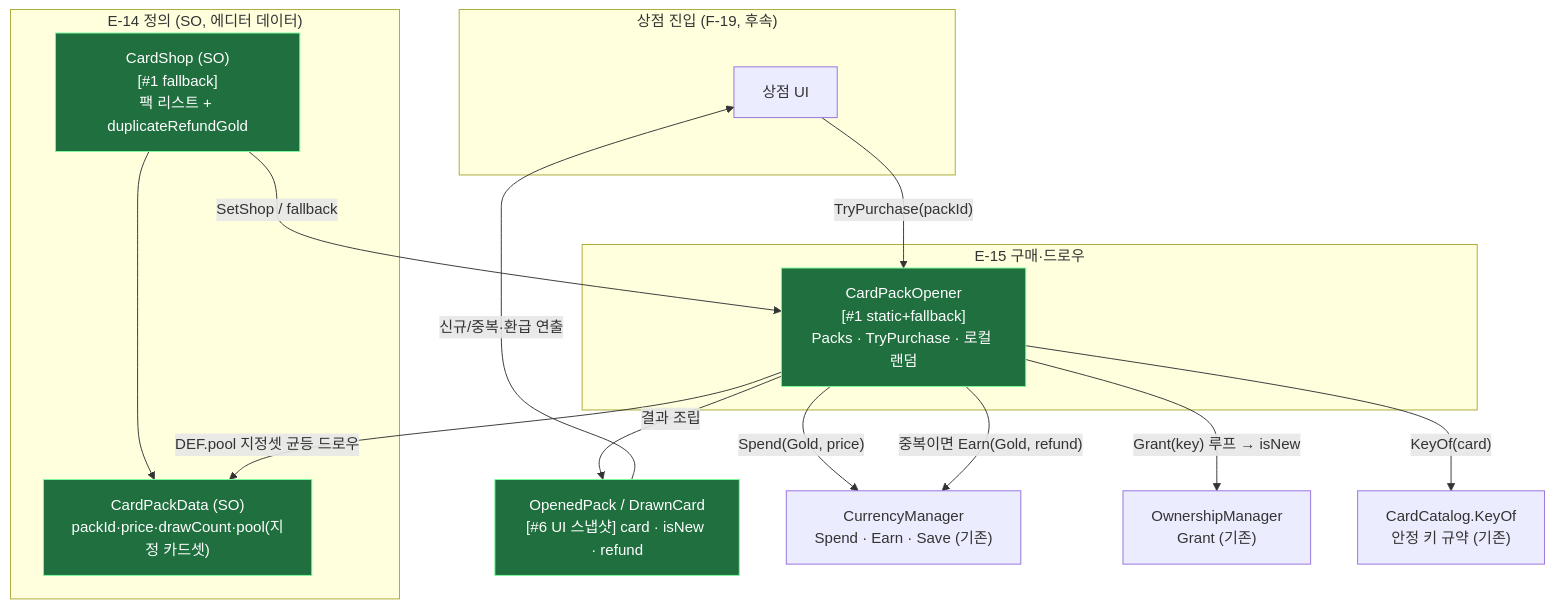
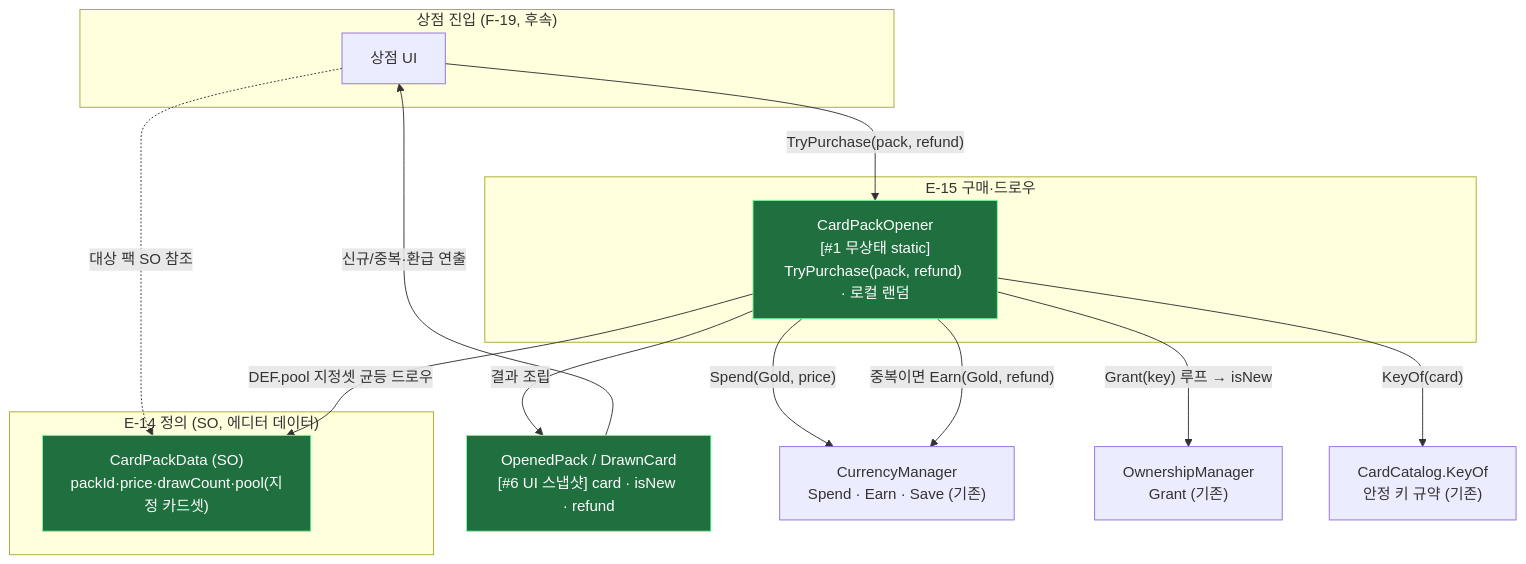
Before and after one commit to hspark-maker/TeamfightTCG_Migriation: the seventh of 12 diagrams in docs/OutGamePlan/STRUCTURE.md, drawn with Mermaid. The commit also changed other lines of this file and 21 other files, not shown here.

````diff
--- a/docs/OutGamePlan/STRUCTURE.md
+++ b/docs/OutGamePlan/STRUCTURE.md
@@ -322,31 +322,29 @@
 ```mermaid
 flowchart TD
     subgraph shop["상점 진입 (F-19, 후속)"]
         SHOP["상점 UI"]
     end
     subgraph def["E-14 정의 (SO, 에디터 데이터)"]
-        CFG["CardShop (SO)<br/>[#1 fallback]<br/>팩 리스트 + duplicateRefundGold"]:::new
         DEF["CardPackData (SO)<br/>packId·price·drawCount·pool(지정 카드셋)"]:::new
     end
     subgraph svc["E-15 구매·드로우"]
-        SVC["CardPackOpener<br/>[#1 static+fallback]<br/>Packs · TryPurchase · 로컬 랜덤"]:::new
+        SVC["CardPackOpener<br/>[#1 무상태 static]<br/>TryPurchase(pack, refund) · 로컬 랜덤"]:::new
     end
     RES["OpenedPack / DrawnCard<br/>[#6 UI 스냅샷] card · isNew · refund"]:::new
 
     CUR["CurrencyManager<br/>Spend · Earn · Save (기존)"]
     OWN["OwnershipManager<br/>Grant (기존)"]
     KEY["CardCatalog.KeyOf<br/>안정 키 규약 (기존)"]
 
-    SHOP -->|"TryPurchase(packId)"| SVC
-    CFG --> DEF
-    CFG -->|"SetShop / fallback"| SVC
+    SHOP -->|"TryPurchase(pack, refund)"| SVC
+    SHOP -.->|"대상 팩 SO 참조"| DEF
     SVC -->|"Spend(Gold, price)"| CUR
     SVC -->|"DEF.pool 지정셋 균등 드로우"| DEF
     SVC -->|"KeyOf(card)"| KEY
     SVC -->|"Grant(key) 루프 → isNew"| OWN
     SVC -->|"중복이면 Earn(Gold, refund)"| CUR
     SVC -->|"결과 조립"| RES
     RES -->|"신규/중복·환급 연출"| SHOP
 
     classDef new fill:#1f6f3f,stroke:#7CFC9E,color:#fff;
 ```
````
